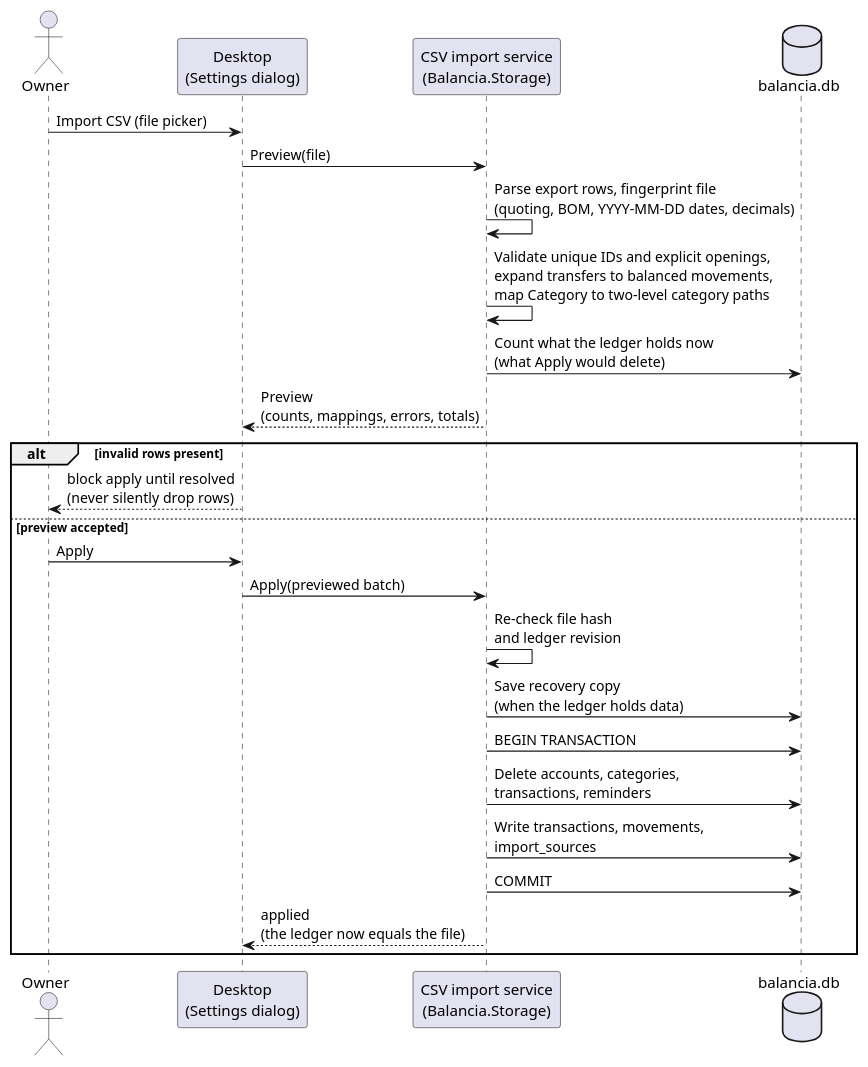
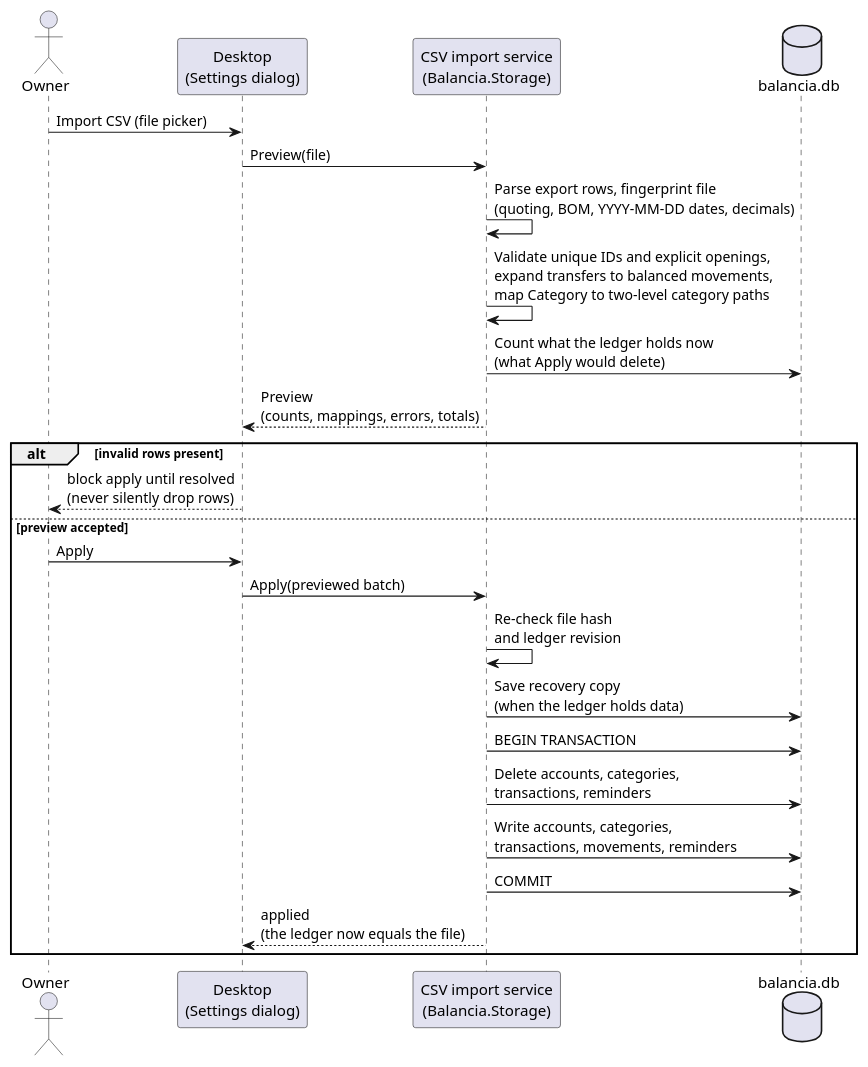
The fourth of 5 diagrams in docs/Technical_Design_Description.md (Tariatan/Balancia), drawn with PlantUML before and after one commit. The commit also changed other lines of this file and 12 other files, not shown here.

Commit message:
stop writing the unused import_sources table

````diff
--- a/docs/Technical_Design_Description.md
+++ b/docs/Technical_Design_Description.md
@@ -287,28 +278,28 @@
 ```plantuml
 @startuml
 actor Owner
 participant "Desktop\n(Settings dialog)" as UI
 participant "CSV import service\n(Balancia.Storage)" as Import
 database "balancia.db" as Db
 
 Owner -> UI : Import CSV (file picker)
 UI -> Import : Preview(file)
 Import -> Import : Parse export rows, fingerprint file\n(quoting, BOM, YYYY-MM-DD dates, decimals)
 Import -> Import : Validate unique IDs and explicit openings,\nexpand transfers to balanced movements,\nmap Category to two-level category paths
 Import -> Db : Count what the ledger holds now\n(what Apply would delete)
 Import --> UI : Preview\n(counts, mappings, errors, totals)
 alt invalid rows present
   UI --> Owner : block apply until resolved\n(never silently drop rows)
 else preview accepted
   Owner -> UI : Apply
   UI -> Import : Apply(previewed batch)
   Import -> Import : Re-check file hash\nand ledger revision
   Import -> Db : Save recovery copy\n(when the ledger holds data)
   Import -> Db : BEGIN TRANSACTION
   Import -> Db : Delete accounts, categories,\ntransactions, reminders
-  Import -> Db : Write transactions, movements,\nimport_sources
+  Import -> Db : Write accounts, categories,\ntransactions, movements, reminders
   Import -> Db : COMMIT
   Import --> UI : applied\n(the ledger now equals the file)
 end
 @enduml
 ```
````
